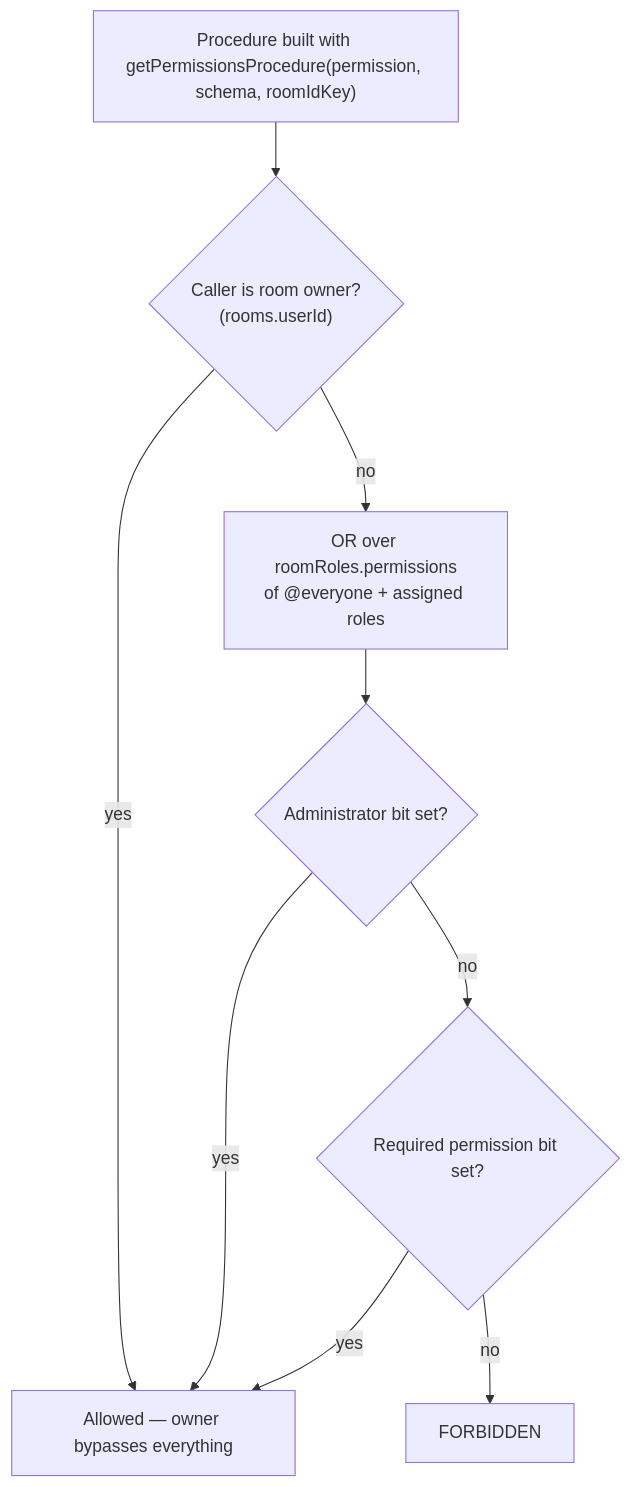
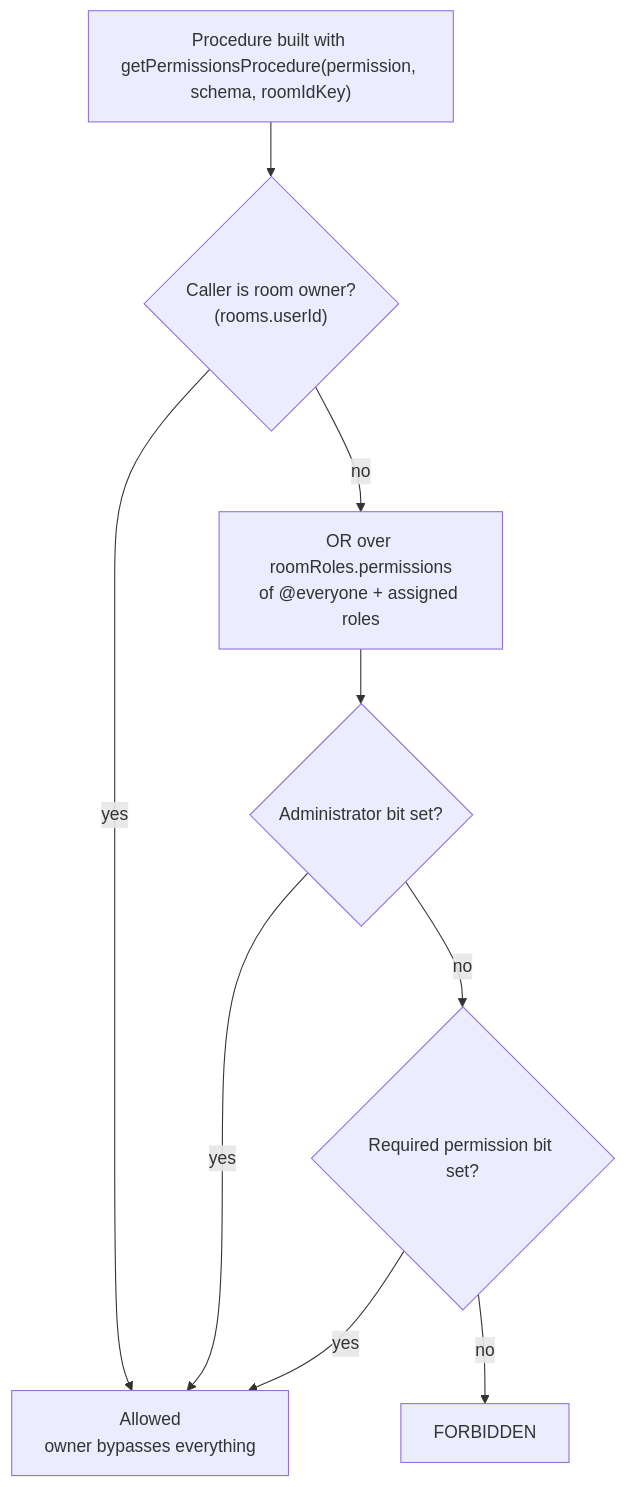
Before and after one commit to Esposter/Esposter: the diagram in openspec/specs/esbabbler/rbac/design.md, drawn with Mermaid. The commit also changed other lines of this file and 10 other files, not shown here.

````diff
--- a/openspec/specs/esbabbler/rbac/design.md
+++ b/openspec/specs/esbabbler/rbac/design.md
@@ -9,11 +9,11 @@
 ```mermaid
 flowchart TD
     P["Procedure built with getPermissionsProcedure(permission, schema, roomIdKey)"] --> O{"Caller is room owner?<br/>(rooms.userId)"}
-    O -->|yes| Allow[Allowed — owner bypasses everything]
+    O -->|yes| Allow["Allowed<br/>owner bypasses everything"]
     O -->|no| Q["OR over roomRoles.permissions<br/>of @everyone + assigned roles"]
     Q --> A{"Administrator bit set?"}
     A -->|yes| Allow
     A -->|no| B{"Required permission bit set?"}
     B -->|yes| Allow
     B -->|no| Deny[FORBIDDEN]
 ```
````
